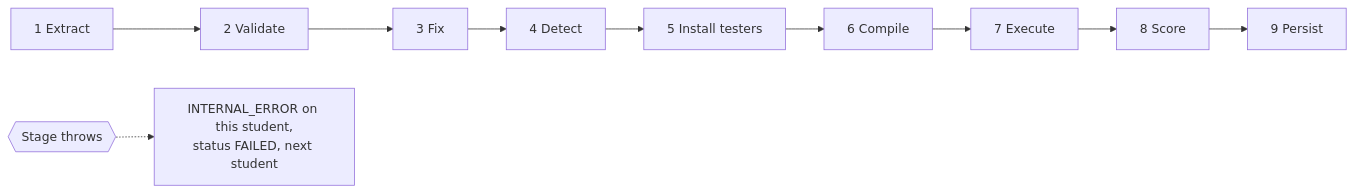
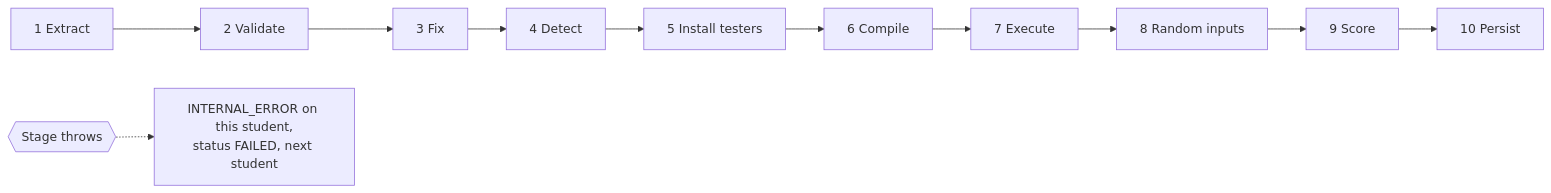
Before and after one commit to damienlaww/GradeZZY: the fourth of 8 diagrams in README.md, drawn with Mermaid. The commit also changed other lines of this file and 34 other files, not shown here.

First line of the commit message:
Check tester strength and random inputs against the model answer

````diff
--- a/README.md
+++ b/README.md
@@ -288,7 +295,7 @@
 ```mermaid
 flowchart LR
     A["1 Extract"] --> B["2 Validate"] --> C["3 Fix"] --> D["4 Detect"]
     D --> E["5 Install testers"] --> F["6 Compile"] --> G["7 Execute"]
-    G --> H["8 Score"] --> I["9 Persist"]
+    G --> R["8 Random inputs"] --> H["9 Score"] --> I["10 Persist"]
     X{{"Stage throws"}} -.-> Y["INTERNAL_ERROR on this student,<br/>status FAILED, next student"]
 ```
````
